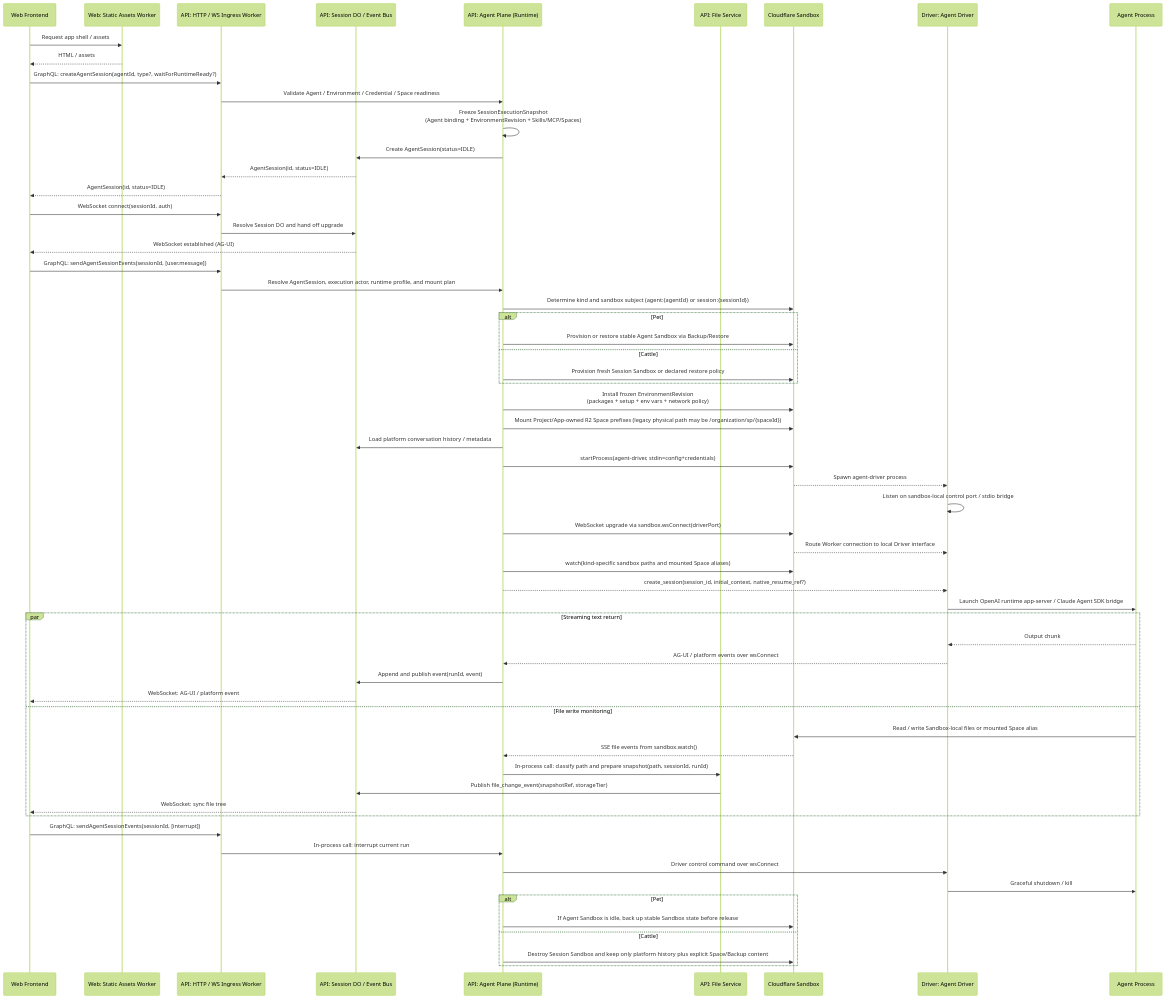
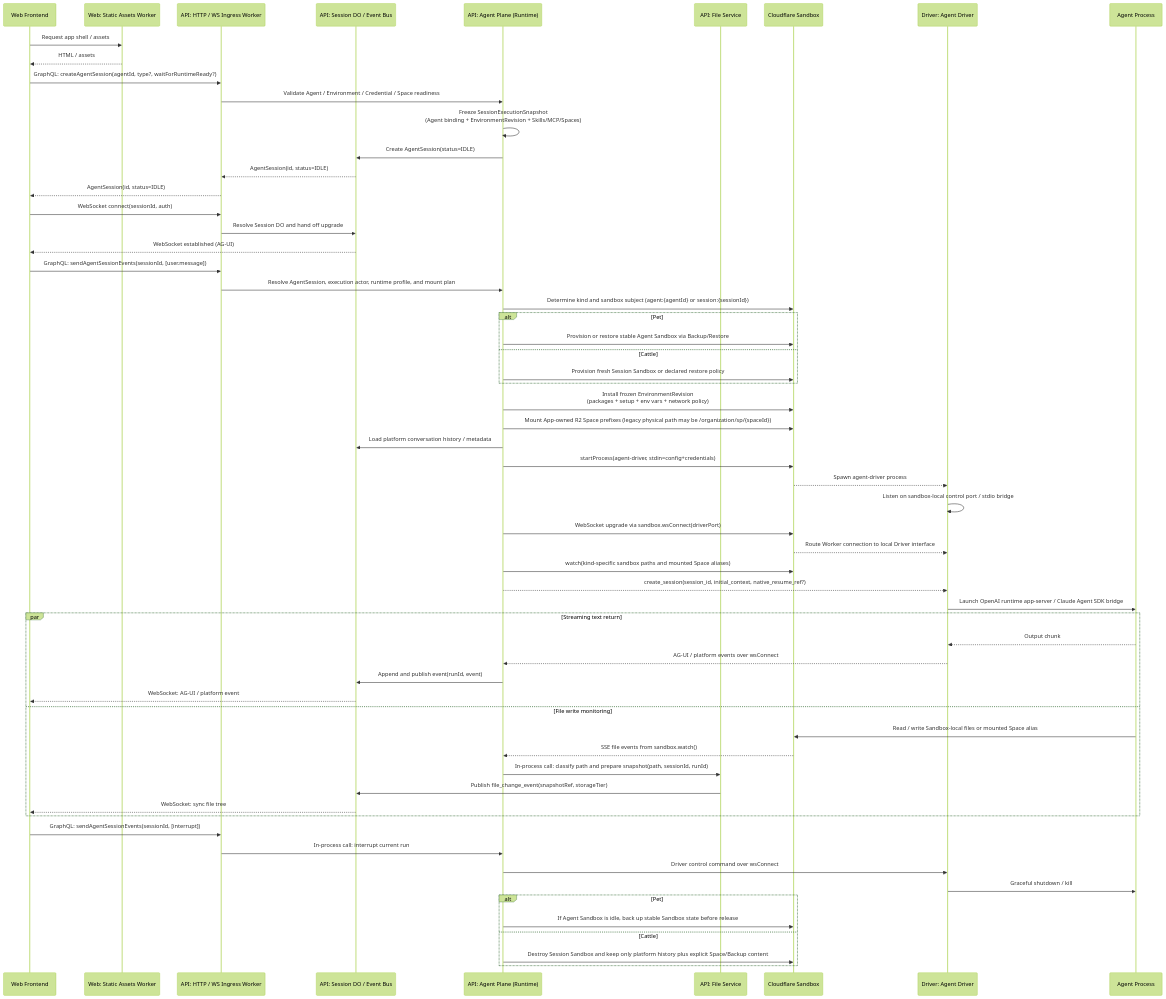
Before and after one commit to langgenius/mosoo: the third of 3 diagrams in docs/architecture.md, drawn with Mermaid (forest theme). The commit also changed other lines of this file and 71 other files, not shown here.

````diff
--- a/docs/architecture.md
+++ b/docs/architecture.md
@@ -271,72 +271,72 @@
 ```mermaid
 sequenceDiagram
     participant Client as Web Frontend
     participant Web as Web: Static Assets Worker
     participant Ingress as API: HTTP / WS Ingress Worker
     participant Session as API: Session DO / Event Bus
     participant AS as API: Agent Plane (Runtime)
     participant FS as API: File Service
     participant Sandbox as Cloudflare Sandbox
     participant Driver as Driver: Agent Driver
     participant AgentProc as Agent Process
 
     Client->>Web: Request app shell / assets
     Web-->>Client: HTML / assets
 
     Client->>Ingress: GraphQL: createAgentSession(agentId, type?, waitForRuntimeReady?)
     Ingress->>AS: Validate Agent / Environment / Credential / Space readiness
     AS->>AS: Freeze SessionExecutionSnapshot<br/>(Agent binding + EnvironmentRevision + Skills/MCP/Spaces)
     AS->>Session: Create AgentSession(status=IDLE)
     Session-->>Ingress: AgentSession(id, status=IDLE)
     Ingress-->>Client: AgentSession(id, status=IDLE)
 
     Client->>Ingress: WebSocket connect(sessionId, auth)
     Ingress->>Session: Resolve Session DO and hand off upgrade
     Session-->>Client: WebSocket established (AG-UI)
 
     Client->>Ingress: GraphQL: sendAgentSessionEvents(sessionId, [user.message])
     Ingress->>AS: Resolve AgentSession, execution actor, runtime profile, and mount plan
 
     AS->>Sandbox: Determine kind and sandbox subject (agent:{agentId} or session:{sessionId})
     alt Pet
         AS->>Sandbox: Provision or restore stable Agent Sandbox via Backup/Restore
     else Cattle
         AS->>Sandbox: Provision fresh Session Sandbox or declared restore policy
     end
     AS->>Sandbox: Install frozen EnvironmentRevision<br/>(packages + setup + env vars + network policy)
-    AS->>Sandbox: Mount Project/App-owned R2 Space prefixes (legacy physical path may be /organization/sp/{spaceId})
+    AS->>Sandbox: Mount App-owned R2 Space prefixes (legacy physical path may be /organization/sp/{spaceId})
     AS->>Session: Load platform conversation history / metadata
     AS->>Sandbox: startProcess(agent-driver, stdin=config+credentials)
     Sandbox-->>Driver: Spawn agent-driver process
     Driver->>Driver: Listen on sandbox-local control port / stdio bridge
     AS->>Sandbox: WebSocket upgrade via sandbox.wsConnect(driverPort)
     Sandbox-->>Driver: Route Worker connection to local Driver interface
     AS->>Sandbox: watch(kind-specific sandbox paths and mounted Space aliases)
 
     AS-->>Driver: create_session(session_id, initial_context, native_resume_ref?)
 
     Driver->>AgentProc: Launch OpenAI runtime app-server / Claude Agent SDK bridge
 
     par Streaming text return
         AgentProc-->>Driver: Output chunk
         Driver-->>AS: AG-UI / platform events over wsConnect
         AS->>Session: Append and publish event(runId, event)
         Session-->>Client: WebSocket: AG-UI / platform event
     and File write monitoring
         AgentProc->>Sandbox: Read / write Sandbox-local files or mounted Space alias
         Sandbox-->>AS: SSE file events from sandbox.watch()
         AS->>FS: In-process call: classify path and prepare snapshot(path, sessionId, runId)
         FS->>Session: Publish file_change_event(snapshotRef, storageTier)
         Session-->>Client: WebSocket: sync file tree
     end
 
     Client->>Ingress: GraphQL: sendAgentSessionEvents(sessionId, [interrupt])
     Ingress->>AS: In-process call: interrupt current run
     AS->>Driver: Driver control command over wsConnect
     Driver->>AgentProc: Graceful shutdown / kill
     alt Pet
         AS->>Sandbox: If Agent Sandbox is idle, back up stable Sandbox state before release
     else Cattle
         AS->>Sandbox: Destroy Session Sandbox and keep only platform history plus explicit Space/Backup content
     end
 ```
````
